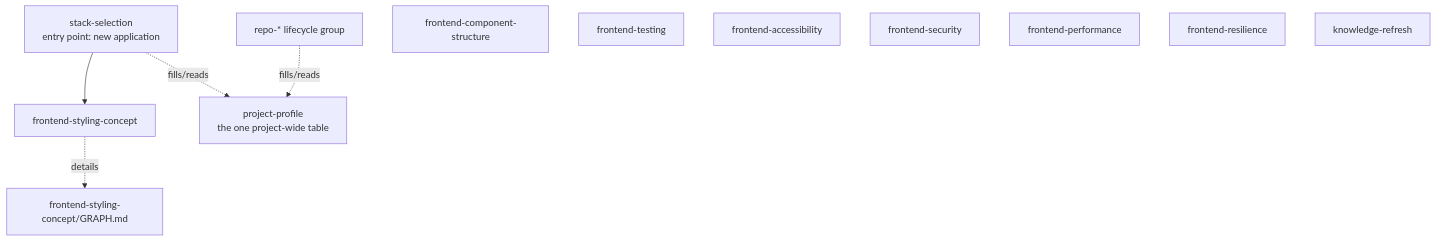
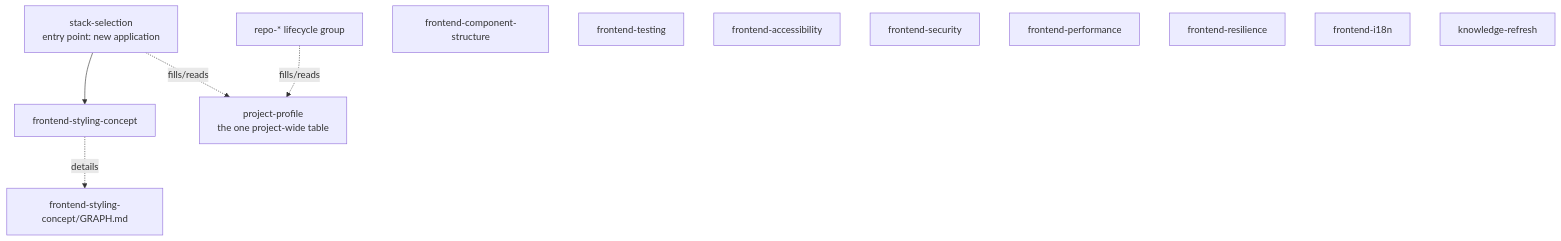
Before and after one commit to murpiano/murpiano-dx: the diagram in skills/GRAPH.md, drawn with Mermaid. The commit also changed other lines of this file and 5 other files, not shown here.

````diff
--- a/skills/GRAPH.md
+++ b/skills/GRAPH.md
@@ -8,17 +8,18 @@
 ```mermaid
 flowchart TD
     profile[project-profile<br/>the one project-wide table]
     stack[stack-selection<br/>entry point: new application] --> frontend[frontend-styling-concept]
     repo[repo-* lifecycle group]
 
     stack -. fills/reads .-> profile
     repo -. fills/reads .-> profile
     frontend -. details .-> frontendGraph["frontend-styling-concept/GRAPH.md"]
     structure[frontend-component-structure]
     testing[frontend-testing]
     a11y[frontend-accessibility]
     security[frontend-security]
     perf[frontend-performance]
     resilience[frontend-resilience]
+    i18n[frontend-i18n]
     knowledge[knowledge-refresh]
 ```
````
